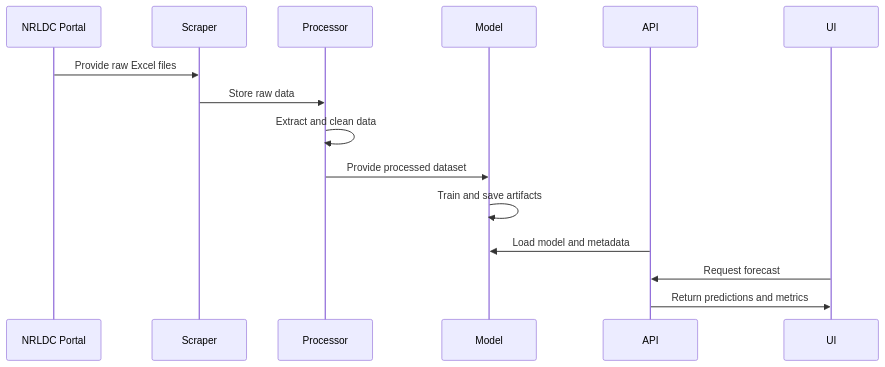
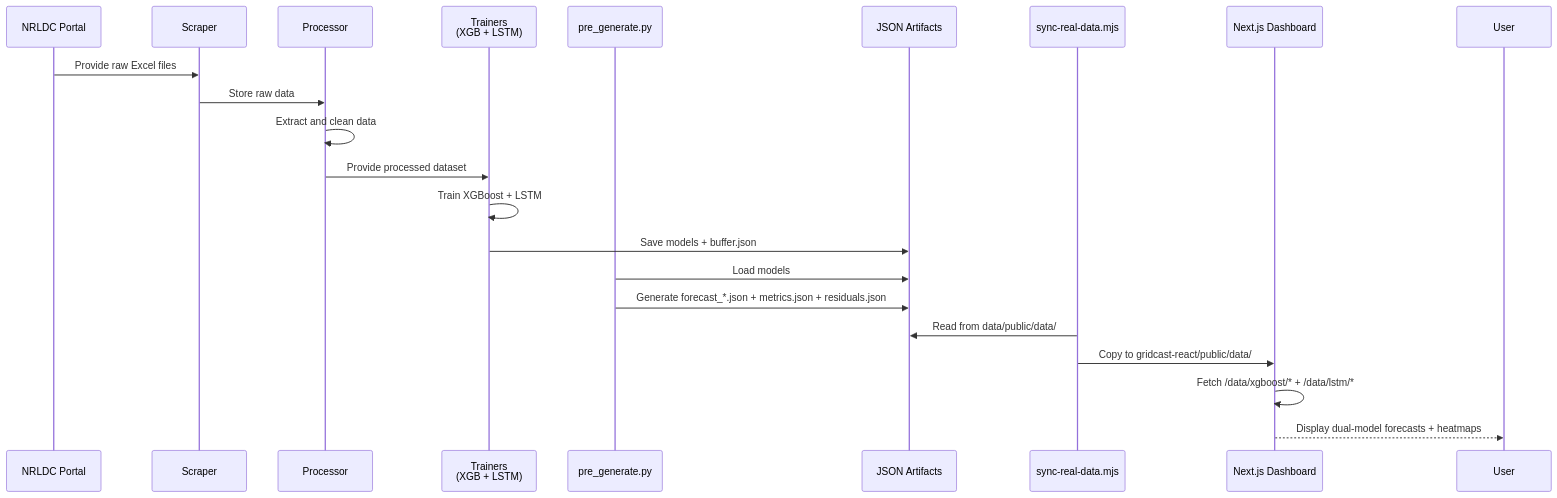
The second of 2 diagrams in docs/design/system_design.md (Team-NAVGATI/Smart-Grid-Load-Prediction-Using-Deep-Learning-By-Team-NavGati), drawn with Mermaid before and after one commit. The commit also changed other lines of this file, not shown here.

Commit message:
docs: enhance system design documentation with dual model training details and JSON artifact serving

````diff
--- a/docs/design/system_design.md
+++ b/docs/design/system_design.md
@@ -167,18 +366,24 @@
 ```mermaid
 sequenceDiagram
 	participant Source as NRLDC Portal
 	participant Scraper
 	participant Processor
-	participant Model
-	participant API
-	participant UI
+	participant Trainer as Trainers<br/>(XGB + LSTM)
+	participant Gen as pre_generate.py
+	participant Artifacts as JSON Artifacts
+	participant Sync as sync-real-data.mjs
+	participant UI as Next.js Dashboard
 
 	Source->>Scraper: Provide raw Excel files
 	Scraper->>Processor: Store raw data
 	Processor->>Processor: Extract and clean data
-	Processor->>Model: Provide processed dataset
-	Model->>Model: Train and save artifacts
-	API->>Model: Load model and metadata
-	UI->>API: Request forecast
-	API->>UI: Return predictions and metrics
+	Processor->>Trainer: Provide processed dataset
+	Trainer->>Trainer: Train XGBoost + LSTM
+	Trainer->>Artifacts: Save models + buffer.json
+	Gen->>Artifacts: Load models
+	Gen->>Artifacts: Generate forecast_*.json + metrics.json + residuals.json
+	Sync->>Artifacts: Read from data/public/data/
+	Sync->>UI: Copy to gridcast-react/public/data/
+	UI->>UI: Fetch /data/xgboost/* + /data/lstm/*
+	UI-->>User: Display dual-model forecasts + heatmaps
 ```
````
